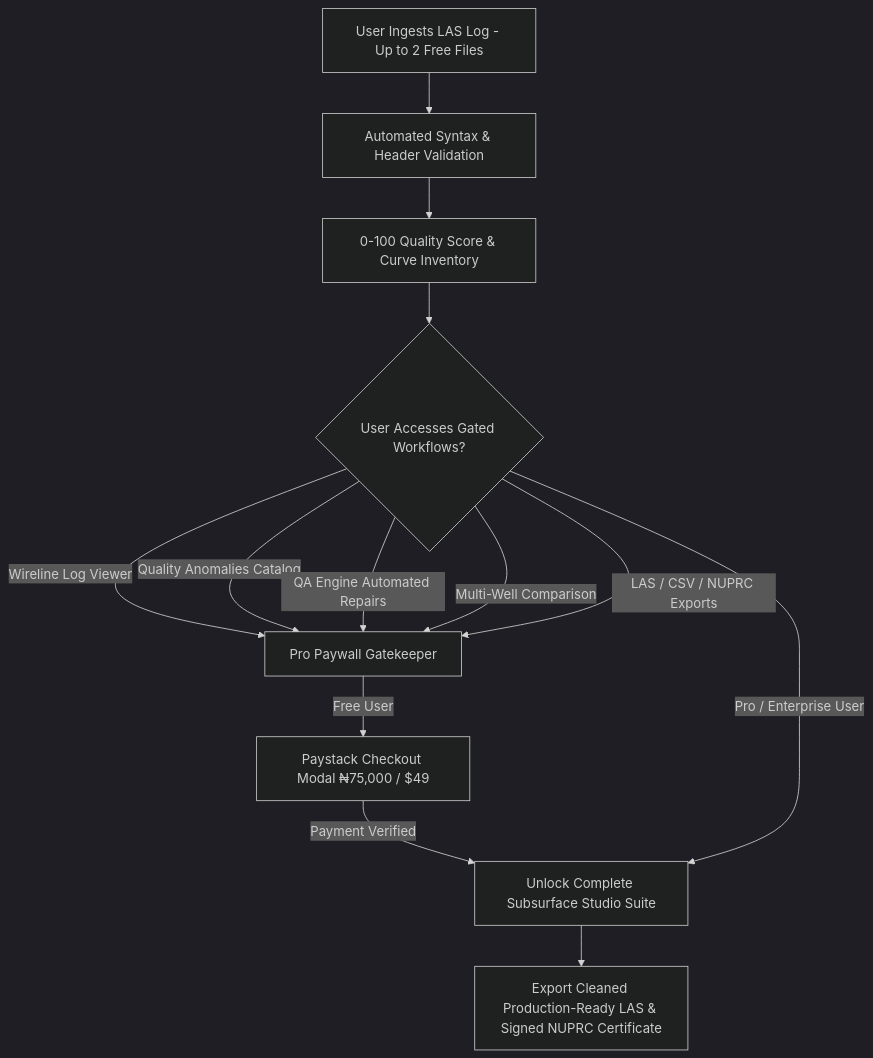
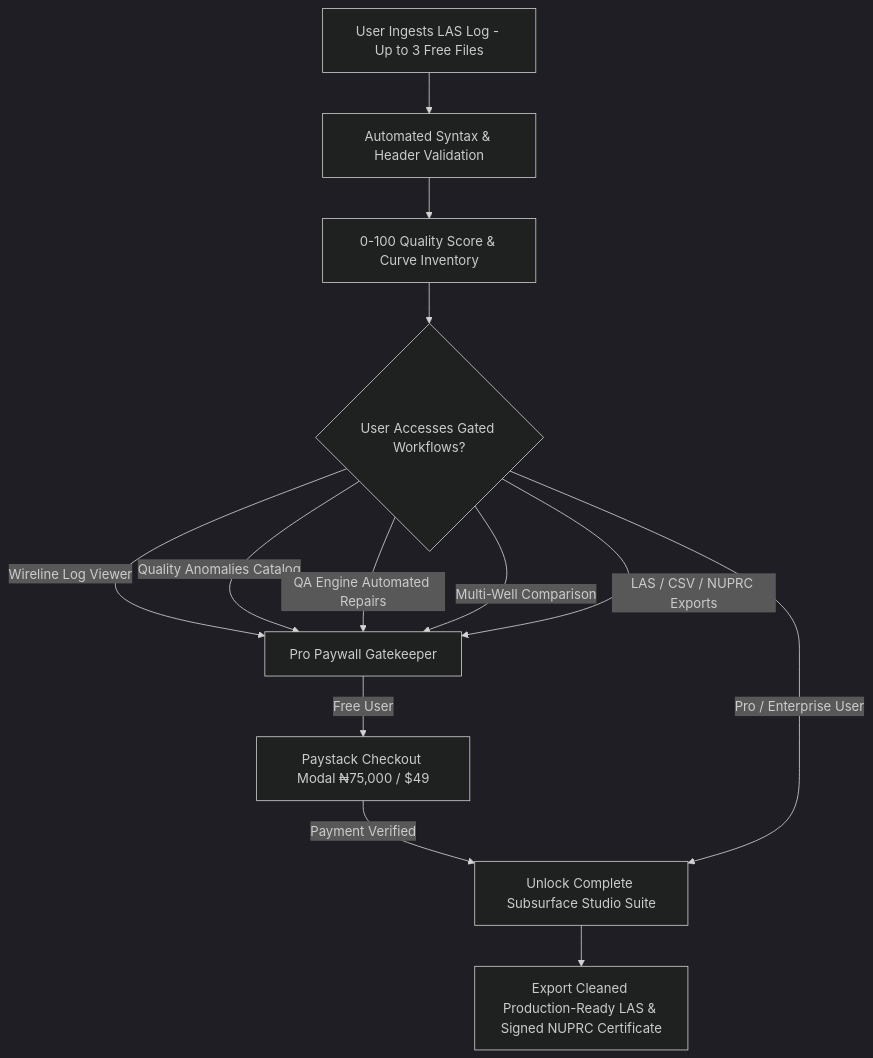
One commit to 8GUYS/wellqc changed the first of 5 diagrams in Documentations/wellqc_business_plan_and_proposal.md. Above: the diagram before and after it, drawn with Mermaid (dark theme). The commit also changed other lines of this file and 16 other files, not shown here.

````diff
--- a/Documentations/wellqc_business_plan_and_proposal.md
+++ b/Documentations/wellqc_business_plan_and_proposal.md
@@ -34,15 +34,15 @@
 ```mermaid
 graph TD
-    A[User Ingests LAS Log - Up to 2 Free Files] --> B[Automated Syntax & Header Validation]
+    A[User Ingests LAS Log - Up to 3 Free Files] --> B[Automated Syntax & Header Validation]
     B --> C[0-100 Quality Score & Curve Inventory]
     C --> D{User Accesses Gated Workflows?}
     D -->|Wireline Log Viewer| E[Pro Paywall Gatekeeper]
     D -->|Quality Anomalies Catalog| E
     D -->|QA Engine Automated Repairs| E
     D -->|Multi-Well Comparison| E
     D -->|LAS / CSV / NUPRC Exports| E
     E -->|Free User| F[Paystack Checkout Modal ₦75,000 / $49]
     F -->|Payment Verified| G[Unlock Complete Subsurface Studio Suite]
     D -->|Pro / Enterprise User| G
     G --> H[Export Cleaned Production-Ready LAS & Signed NUPRC Certificate]
 ```
````
